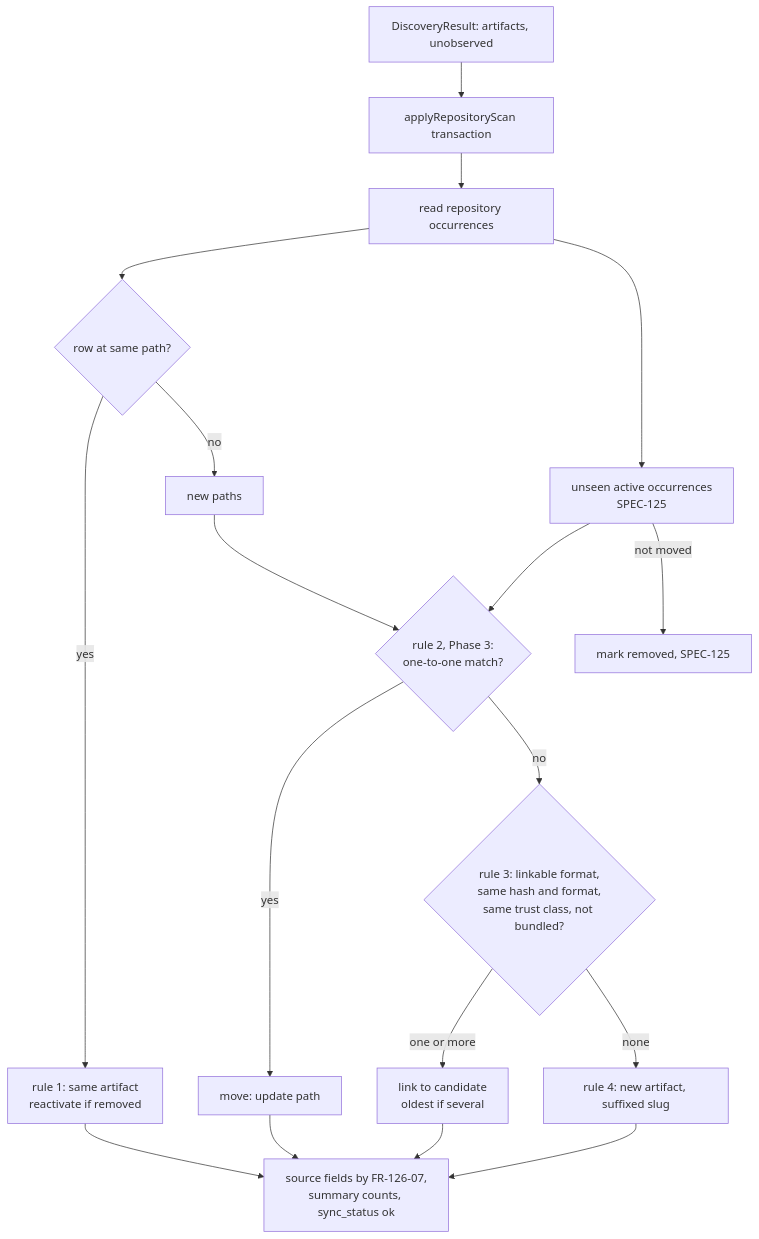
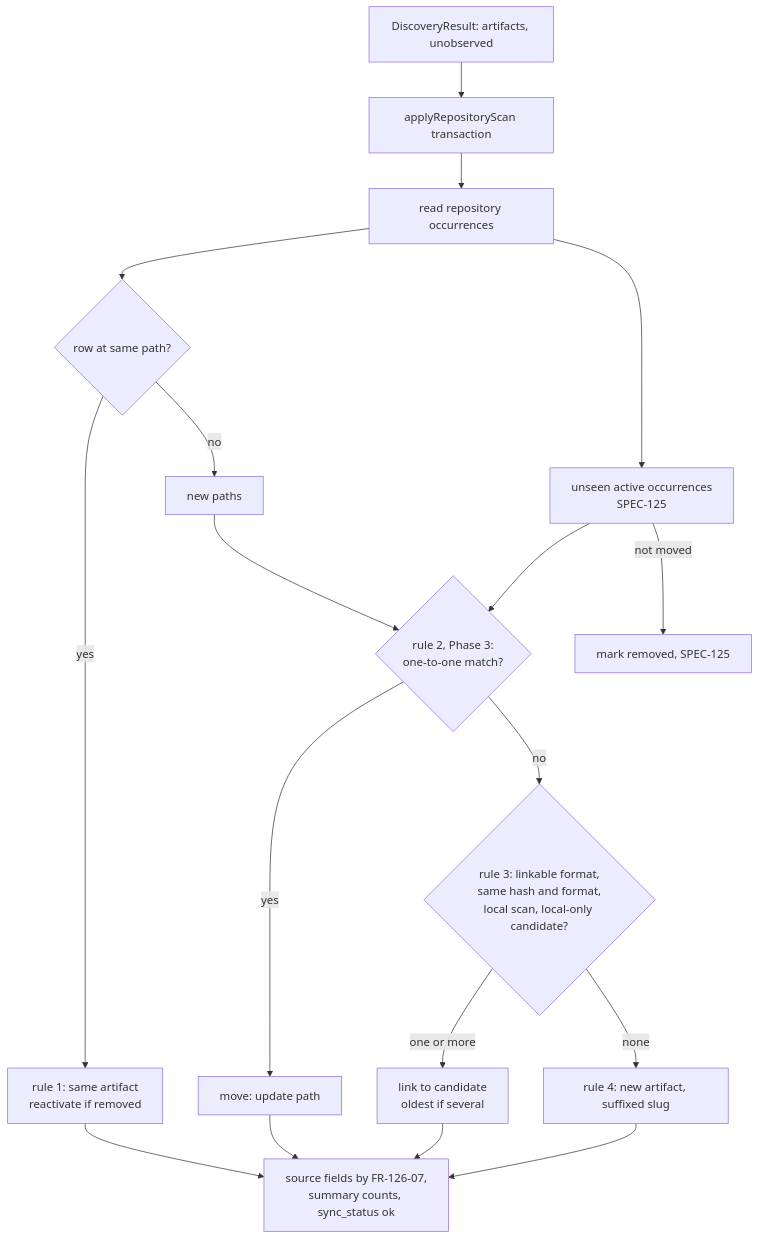
The diagram in .ai/specs/2026-11-12-cross-repository-artifact-identity.md (MetaX5/DirectiveBench), drawn with Mermaid before and after one commit. The commit also changed other lines of this file, not shown here.

````diff
--- a/.ai/specs/2026-11-12-cross-repository-artifact-identity.md
+++ b/.ai/specs/2026-11-12-cross-repository-artifact-identity.md
@@ -282,17 +283,17 @@
 ```mermaid
 flowchart TD
   D[DiscoveryResult: artifacts, unobserved] --> T[applyRepositoryScan transaction]
   T --> O[read repository occurrences]
   O --> R1{row at same path?}
   R1 -- yes --> W1[rule 1: same artifact<br/>reactivate if removed]
   R1 -- no --> NEW[new paths]
   O --> UNSEEN[unseen active occurrences<br/>SPEC-125]
   NEW --> M{rule 2, Phase 3:<br/>one-to-one match?}
   UNSEEN --> M
   M -- yes --> MV[move: update path]
-  M -- no --> C{rule 3: linkable format,<br/>same hash and format,<br/>same trust class, not bundled?}
+  M -- no --> C{rule 3: linkable format,<br/>same hash and format,<br/>local scan, local-only candidate?}
   C -- one or more --> L[link to candidate<br/>oldest if several]
   C -- none --> N[rule 4: new artifact, suffixed slug]
   UNSEEN -- not moved --> X[mark removed, SPEC-125]
   W1 & MV & L & N --> S[source fields by FR-126-07,<br/>summary counts, sync_status ok]
 ```
````
